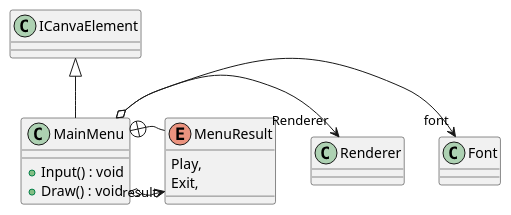
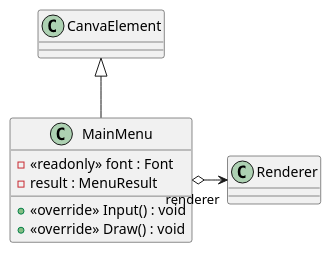
One commit to Reroll-inc/sweeper-rpg changed the diagram in uml/SweeperRpg/Src/UI/MainMenu.puml. Above: the diagram before and after it, drawn with PlantUML. The commit also changed 63 other files, not shown here.

```diff
--- a/uml/SweeperRpg/Src/UI/MainMenu.puml
+++ b/uml/SweeperRpg/Src/UI/MainMenu.puml
@@ -1,15 +1,8 @@
-@startuml
 class MainMenu {
-    + Input() : void
-    + Draw() : void
+    - <<readonly>> font : Font
+    - result : MenuResult
+    + <<override>> Input() : void
+    + <<override>> Draw() : void
 }
-enum MenuResult {
-    Play,
-    Exit,
-}
-ICanvaElement <|-- MainMenu
-MainMenu o-> "font" Font
-MainMenu o-> "Renderer" Renderer
-MainMenu o-> "result" MenuResult
-MainMenu +-- MenuResult
-@enduml
+CanvaElement <|-- MainMenu
+MainMenu o-> "renderer" Renderer
```
